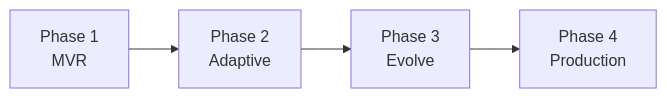
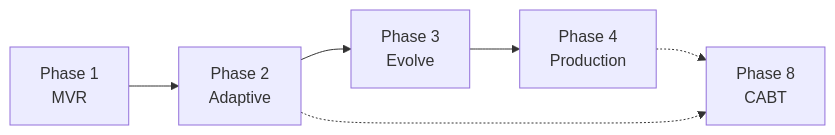
One commit to furuse-kazufumi/llive changed the diagram in .planning/ROADMAP.md. Above: the diagram before and after it, drawn with Mermaid. The commit also changed other lines of this file and 3 other files, not shown here.

````diff
--- a/.planning/ROADMAP.md
+++ b/.planning/ROADMAP.md
@@ -127,6 +160,8 @@
 ```mermaid
 flowchart LR
     P1[Phase 1<br/>MVR] --> P2[Phase 2<br/>Adaptive]
     P2 --> P3[Phase 3<br/>Evolve]
     P3 --> P4[Phase 4<br/>Production]
+    P4 -.-> P8[Phase 8<br/>CABT]
+    P2 -.-> P8
 ```
````
